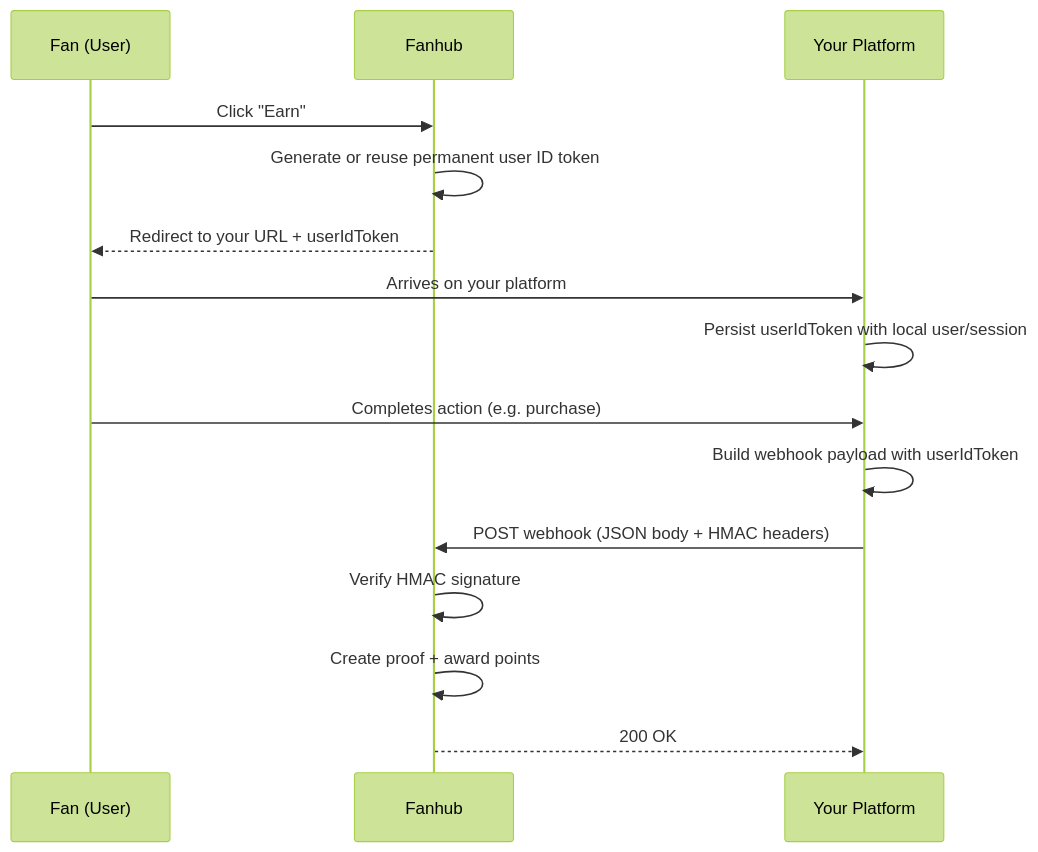
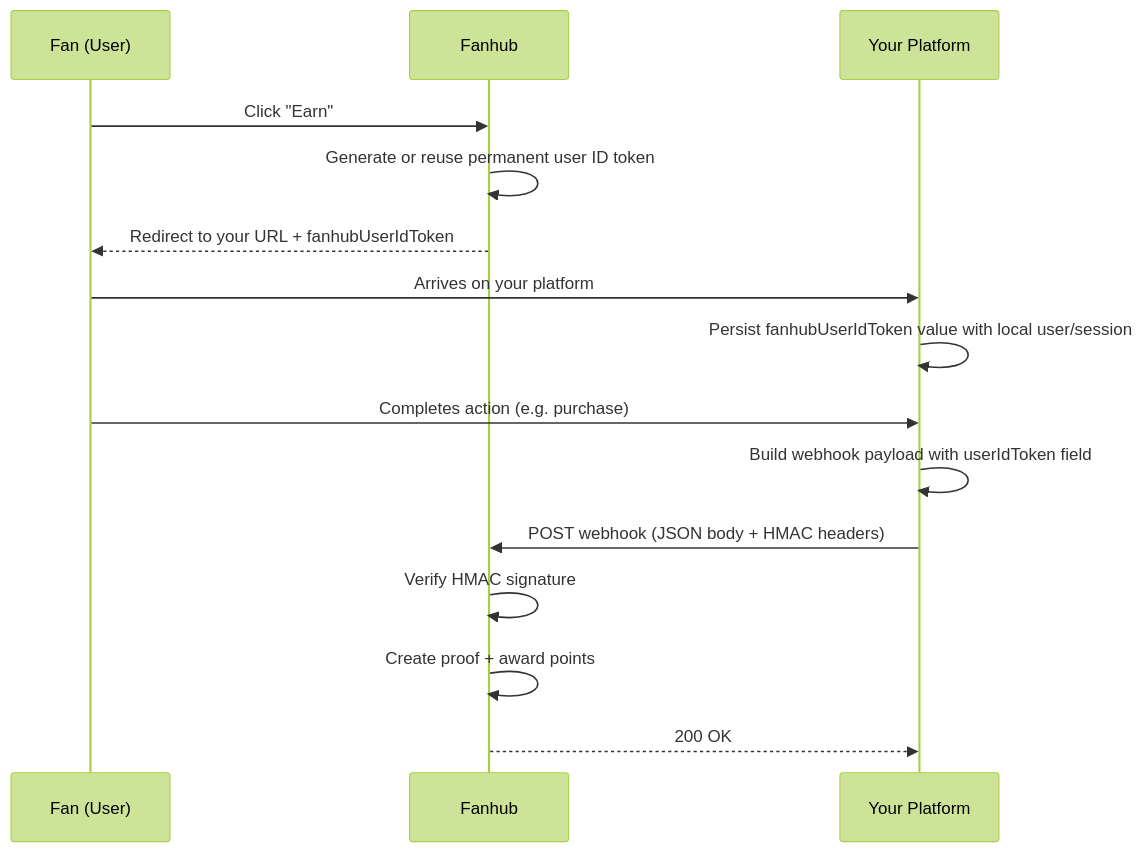
The first of 2 diagrams in README.md (Faze-Media/fanhub-integration-docs), drawn with Mermaid (forest theme) before and after one commit. The commit also changed other lines of this file, not shown here.

Commit message:
docs: use fanhubUserIdToken for the redirect URL param

````diff
--- a/README.md
+++ b/README.md
@@ -72,18 +72,18 @@
 ```mermaid
 sequenceDiagram
     participant Fan as Fan (User)
     participant FH as Fanhub
     participant Partner as Your Platform
 
     Fan->>FH: Click "Earn"
     FH->>FH: Generate or reuse permanent user ID token
-    FH-->>Fan: Redirect to your URL + userIdToken
+    FH-->>Fan: Redirect to your URL + fanhubUserIdToken
     Fan->>Partner: Arrives on your platform
-    Partner->>Partner: Persist userIdToken with local user/session
+    Partner->>Partner: Persist fanhubUserIdToken value with local user/session
     Fan->>Partner: Completes action (e.g. purchase)
-    Partner->>Partner: Build webhook payload with userIdToken
+    Partner->>Partner: Build webhook payload with userIdToken field
     Partner->>FH: POST webhook (JSON body + HMAC headers)
     FH->>FH: Verify HMAC signature
     FH->>FH: Create proof + award points
     FH-->>Partner: 200 OK
 ```
````
